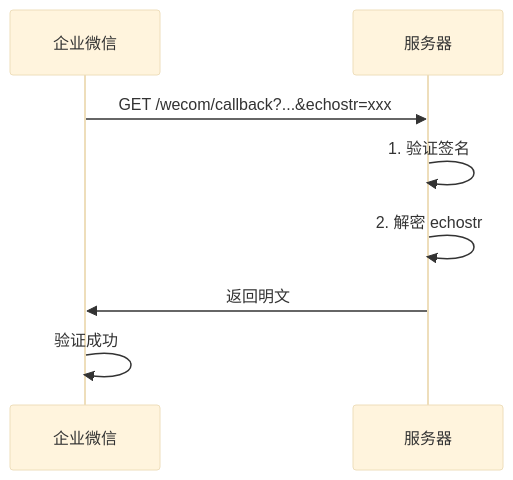
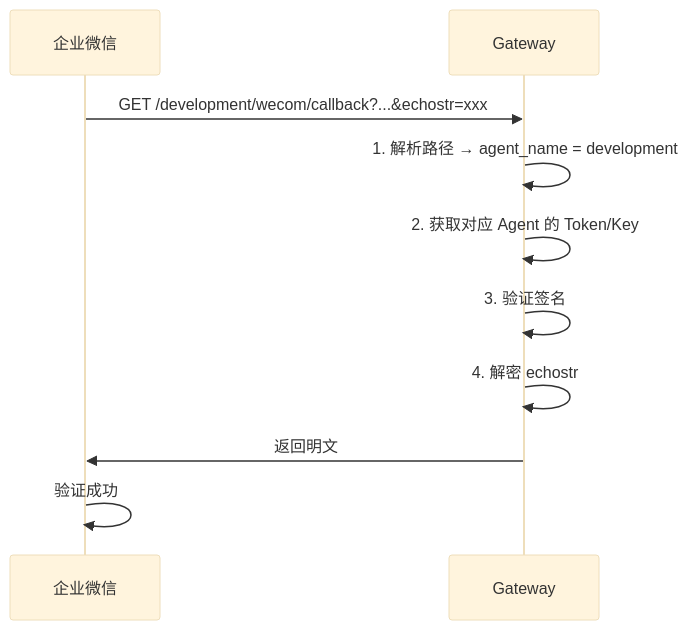
The first of 2 diagrams in docs/07-API文档.md (yuer555/openclaw-deploy), drawn with Mermaid (base theme) before and after one commit. The commit also changed other lines of this file and 5 other files, not shown here.

````diff
--- a/docs/07-API文档.md
+++ b/docs/07-API文档.md
@@ -157,8 +192,10 @@
 ```mermaid
 sequenceDiagram
-    企业微信->>服务器: GET /wecom/callback?...&echostr=xxx
-    服务器->>服务器: 1. 验证签名
-    服务器->>服务器: 2. 解密 echostr
-    服务器->>企业微信: 返回明文
+    企业微信->>Gateway: GET /development/wecom/callback?...&echostr=xxx
+    Gateway->>Gateway: 1. 解析路径 → agent_name = development
+    Gateway->>Gateway: 2. 获取对应 Agent 的 Token/Key
+    Gateway->>Gateway: 3. 验证签名
+    Gateway->>Gateway: 4. 解密 echostr
+    Gateway->>企业微信: 返回明文
     企业微信->>企业微信: 验证成功
 ```
````
